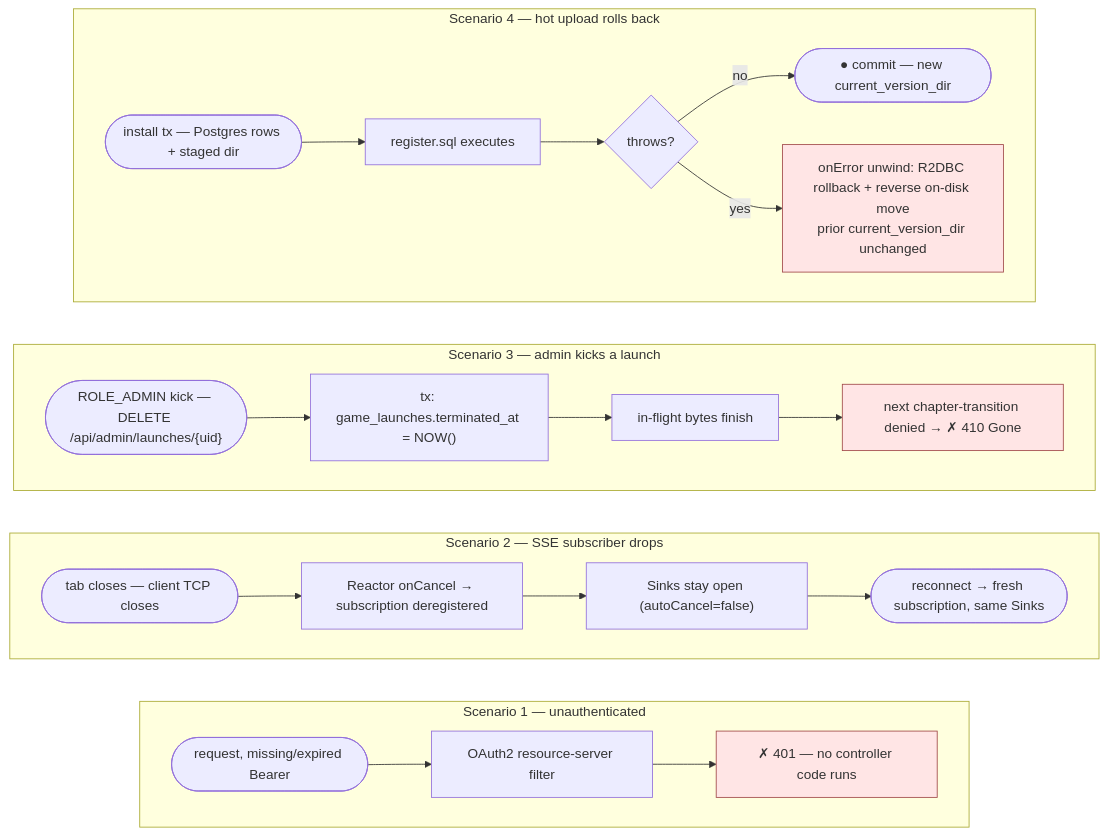
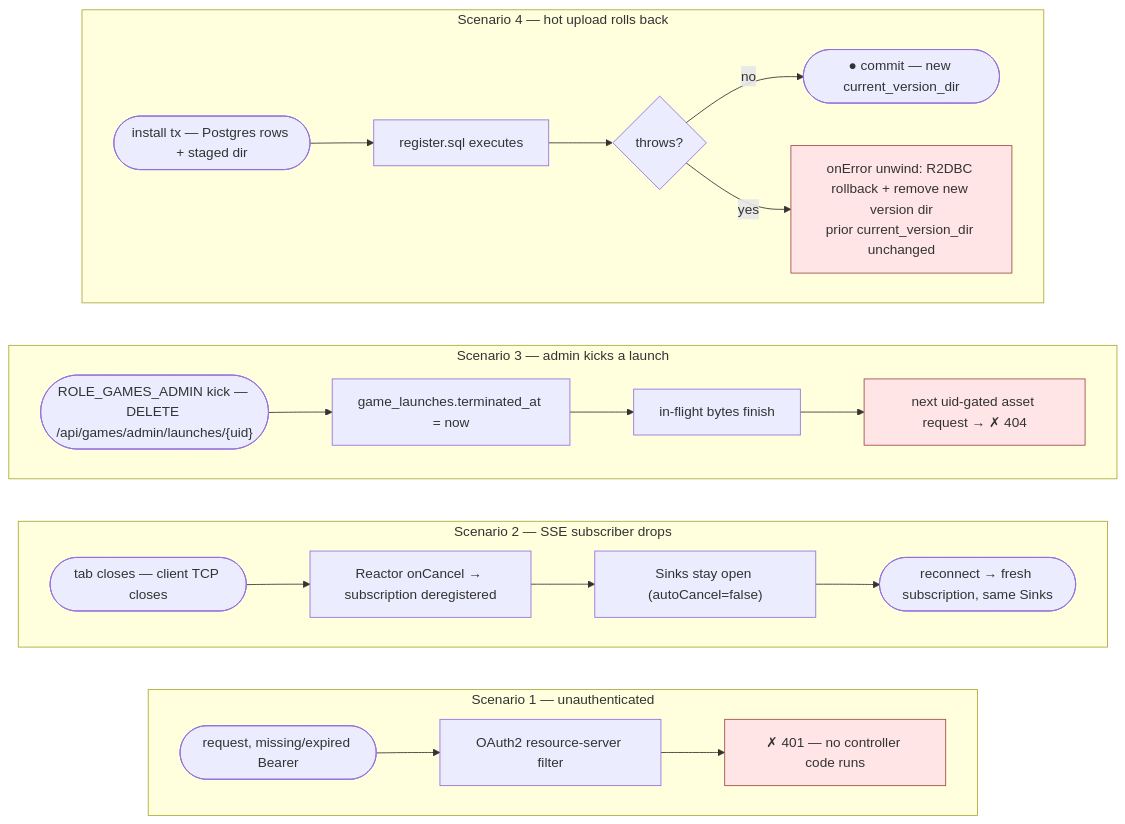
The fifth of 5 diagrams in content/games/api-reference.md (hugmesh/hugmesh.github.io), drawn with Mermaid before and after one commit. The commit also changed other lines of this file and 194 other files, not shown here.

````diff
--- a/content/games/api-reference.md
+++ b/content/games/api-reference.md
@@ -460,22 +509,22 @@
 ```mermaid
 flowchart LR
     subgraph s1["Scenario 1 — unauthenticated"]
         direction LR
         A1(["request, missing/expired Bearer"]) --> A2["OAuth2 resource-server filter"] --> A3["✗ 401 — no controller code runs"]:::err
     end
     subgraph s2["Scenario 2 — SSE subscriber drops"]
         direction LR
         B1(["tab closes — client TCP closes"]) --> B2["Reactor onCancel → subscription deregistered"] --> B3["Sinks stay open (autoCancel=false)"] --> B4(["reconnect → fresh subscription, same Sinks"])
     end
     subgraph s3["Scenario 3 — admin kicks a launch"]
         direction LR
-        C1(["ROLE_ADMIN kick — DELETE /api/admin/launches/{uid}"]) --> C2["tx: game_launches.terminated_at = NOW()"] --> C3["in-flight bytes finish"] --> C4["next chapter-transition denied → ✗ 410 Gone"]:::err
+        C1(["ROLE_GAMES_ADMIN kick — DELETE /api/games/admin/launches/{uid}"]) --> C2["game_launches.terminated_at = now"] --> C3["in-flight bytes finish"] --> C4["next uid-gated asset request → ✗ 404"]:::err
     end
     subgraph s4["Scenario 4 — hot upload rolls back"]
         direction LR
         D1(["install tx — Postgres rows + staged dir"]) --> D2["register.sql executes"] --> D3{"throws?"}
         D3 -->|no| D4(["● commit — new current_version_dir"])
-        D3 -->|yes| D5["onError unwind: R2DBC rollback + reverse on-disk move<br/>prior current_version_dir unchanged"]:::err
+        D3 -->|yes| D5["onError unwind: R2DBC rollback + remove new version dir<br/>prior current_version_dir unchanged"]:::err
     end
     classDef err fill:#ffe5e5,stroke:#a14a4a;
 ```
````
